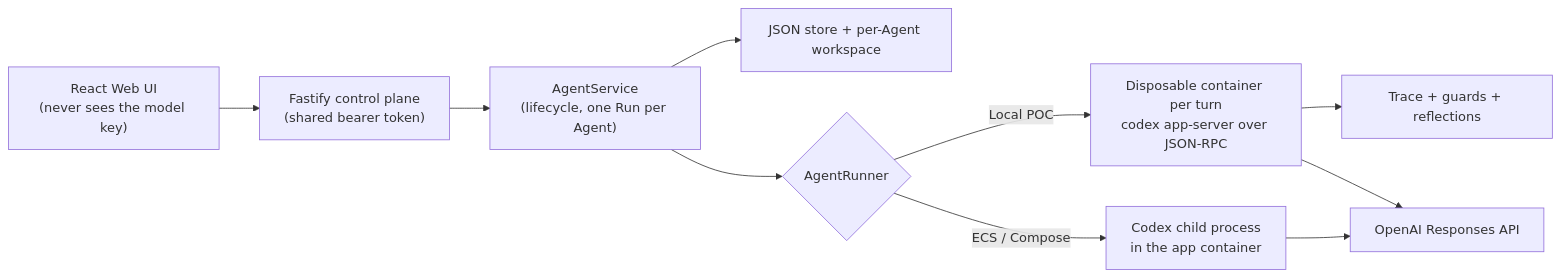
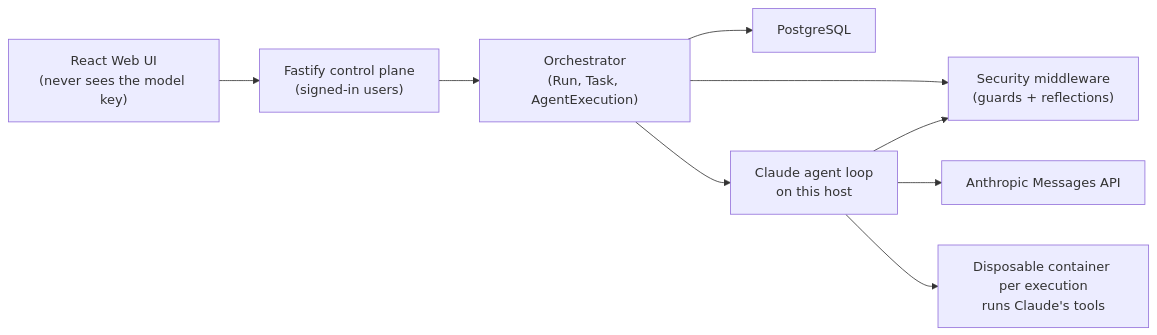
One commit to Full-Stack-Project-Fast-Tix/agent-middleware changed the diagram in README.md. Above: the diagram before and after it, drawn with Mermaid. The commit also changed other lines of this file and 155 other files, not shown here.

First line of the commit message:
feat!: remove Ark and Codex, leaving Claude as the only runtime

````diff
--- a/README.md
+++ b/README.md
@@ -439,12 +423,11 @@
 ```mermaid
 flowchart LR
-    UI["React Web UI<br/>(never sees the model key)"] --> API["Fastify control plane<br/>(shared bearer token)"]
-    API --> Svc["AgentService<br/>(lifecycle, one Run per Agent)"]
-    Svc --> Store["JSON store + per-Agent workspace"]
-    Svc --> Runner{"AgentRunner"}
-    Runner -->|Local POC| Cont["Disposable container per turn<br/>codex app-server over JSON-RPC"]
-    Runner -->|ECS / Compose| Proc["Codex child process<br/>in the app container"]
-    Cont --> Trace["Trace + guards + reflections"]
-    Cont --> Model["OpenAI Responses API"]
-    Proc --> Model
+    UI["React Web UI<br/>(never sees the model key)"] --> API["Fastify control plane<br/>(signed-in users)"]
+    API --> Orch["Orchestrator<br/>(Run, Task, AgentExecution)"]
+    Orch --> DB["PostgreSQL"]
+    Orch --> Gate["Security middleware<br/>(guards + reflections)"]
+    Orch --> Loop["Claude agent loop<br/>on this host"]
+    Loop --> Model["Anthropic Messages API"]
+    Loop --> Gate
+    Loop --> Tools["Disposable container per execution<br/>runs Claude's tools"]
 ```
````
